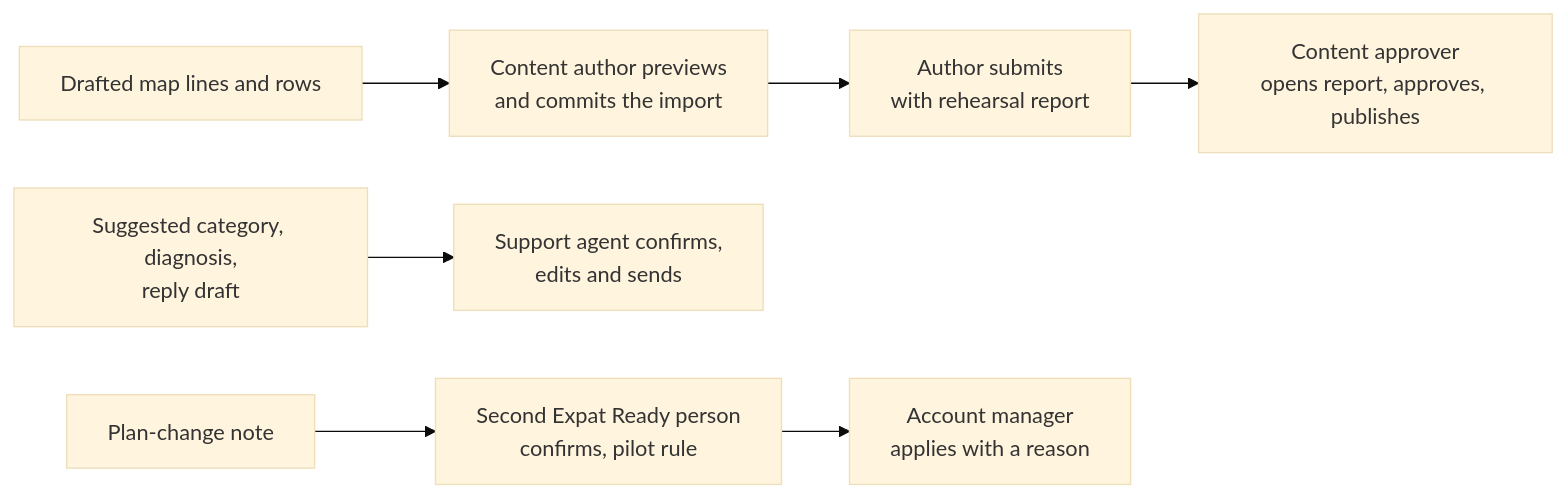
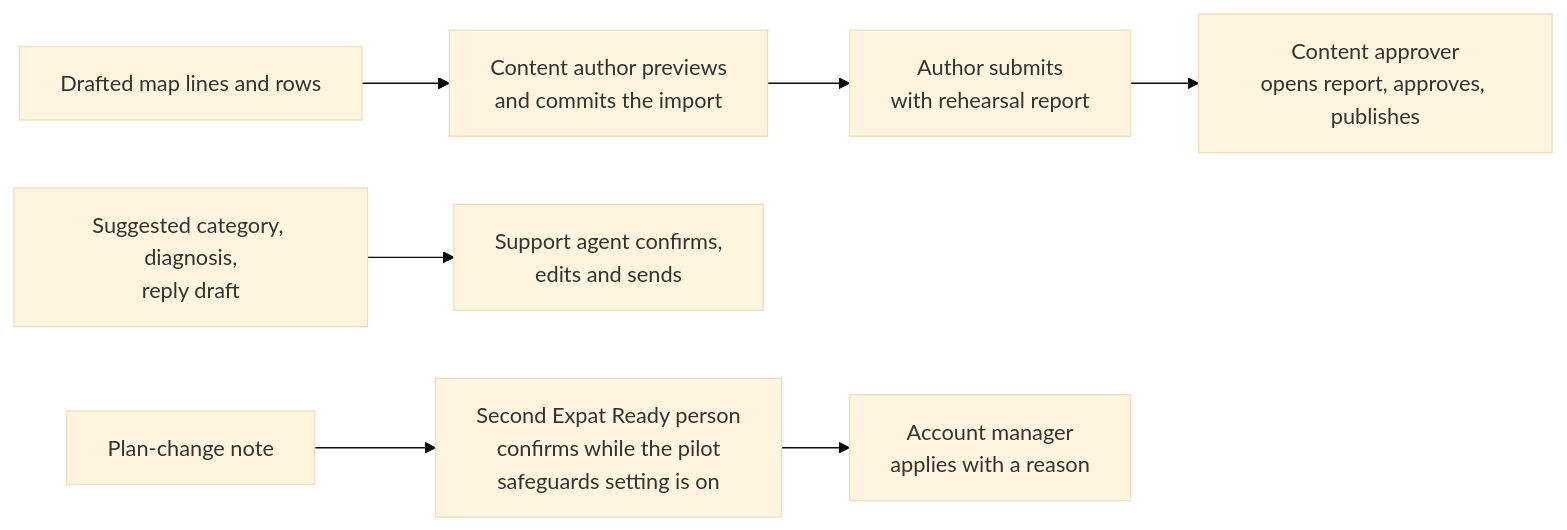
One commit to ranjan-expatready/xpatready changed the third of 4 diagrams in ai-workers/requirements/AW-02-platform-ai-assistants_v0.1.md. Above: the diagram before and after it, drawn with Mermaid (base theme). The commit also changed other lines of this file and 4 other files, not shown here.

````diff
--- a/ai-workers/requirements/AW-02-platform-ai-assistants_v0.1.md
+++ b/ai-workers/requirements/AW-02-platform-ai-assistants_v0.1.md
@@ -123,6 +128,6 @@
 ```mermaid
 flowchart LR
     MAP[Drafted map lines and rows] --> IMP[Content author previews<br/>and commits the import] --> SUB[Author submits<br/>with rehearsal report] --> APP[Content approver<br/>opens report, approves, publishes]
     TRI[Suggested category, diagnosis,<br/>reply draft] --> AG[Support agent confirms,<br/>edits and sends]
-    NOTE[Plan-change note] --> SEC[Second Expat Ready person<br/>confirms, pilot rule] --> AM[Account manager<br/>applies with a reason]
+    NOTE[Plan-change note] --> SEC[Second Expat Ready person<br/>confirms while the pilot<br/>safeguards setting is on] --> AM[Account manager<br/>applies with a reason]
 ```
````
